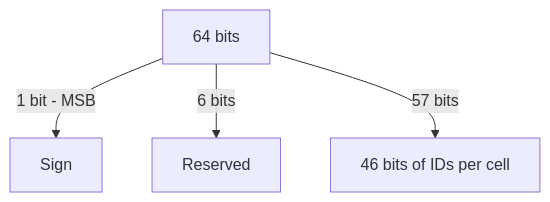
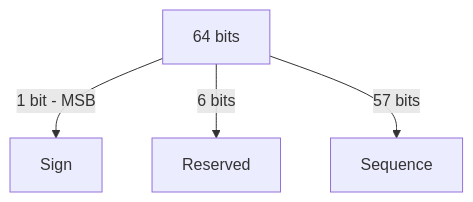
Before and after one commit to zalyoung/gitlab-handbook: the second of 9 diagrams in content/handbook/engineering/architecture/design-documents/cells/topology_service.md, drawn with Mermaid. The commit also changed other lines of this file, not shown here.

````diff
--- a/content/handbook/engineering/architecture/design-documents/cells/topology_service.md
+++ b/content/handbook/engineering/architecture/design-documents/cells/topology_service.md
@@ -136,6 +136,6 @@
 ```mermaid
 graph TD
   A[64 bits] --> |1 bit - MSB| B[Sign]
   A -->|6 bits| C[Reserved]
-  A -->|57 bits| D[46 bits of IDs per cell]
+  A -->|57 bits| D[Sequence]
 ```
````
